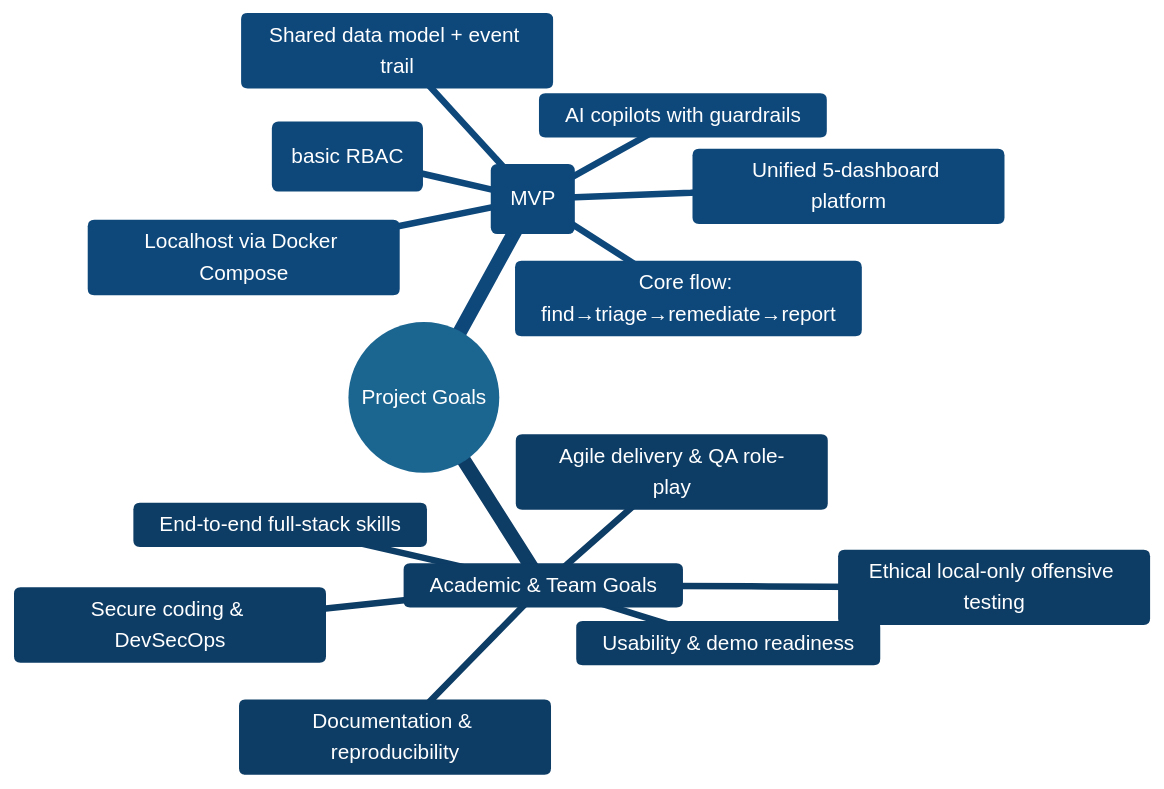
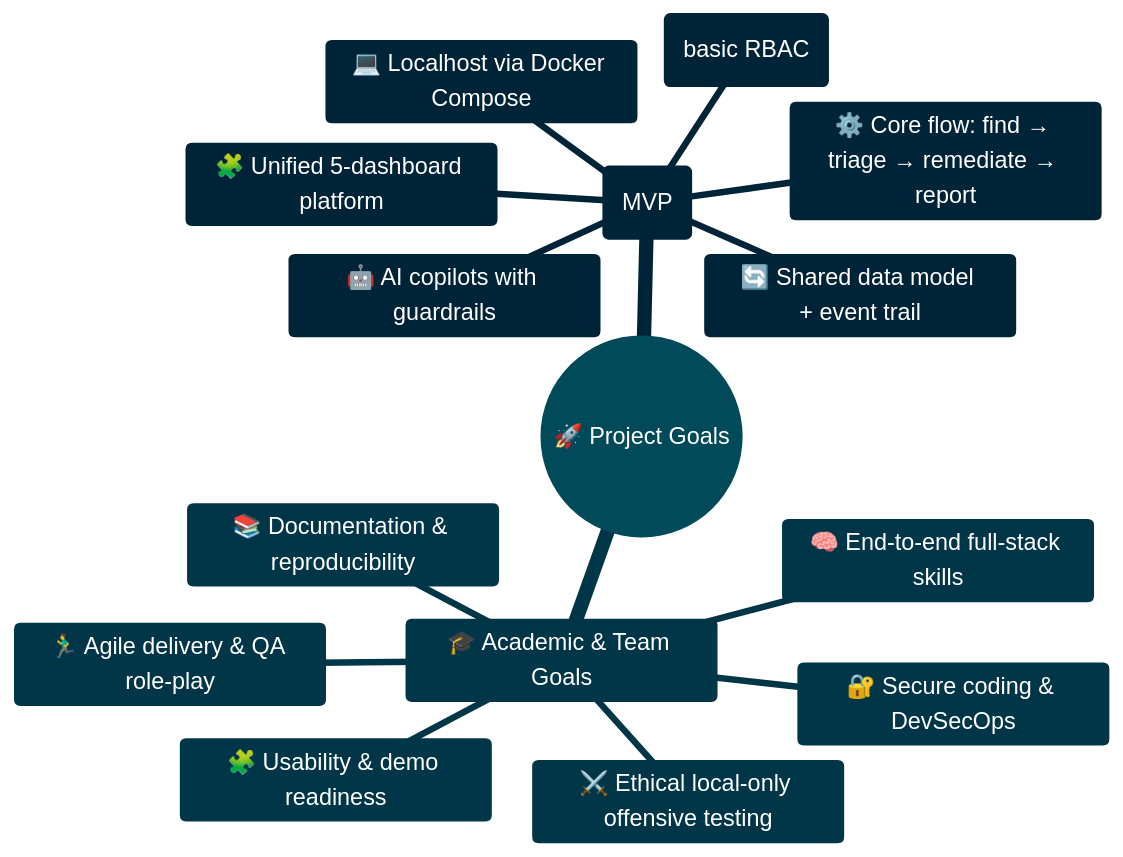
One commit to mahmoud01277599066-design/Advanced-Cybersecurity-Intelligence-Platform-v1 changed the third of 20 diagrams in 0 - Proposal.md. Above: the diagram before and after it, drawn with Mermaid.

Commit message:
Update 0 - Proposal.md

````diff
--- a/0 - Proposal.md
+++ b/0 - Proposal.md
@@ -44,29 +44,32 @@
 ```mermaid
 %%{init: {"theme": "base", "themeVariables": {
-    "primaryColor": "#4ea8de",
+    "background": "#0e1117",
+    "primaryColor": "#00b4d8",
     "primaryTextColor": "#ffffff",
-    "primaryBorderColor": "#74c0fc",
-    "lineColor": "#a5d8ff",
-    "secondaryColor": "#228be6",
-    "tertiaryColor": "#1c7ed6",
+    "primaryBorderColor": "#00b4d8",
+    "lineColor": "#48cae4",
+    "secondaryColor": "#0077b6",
+    "tertiaryColor": "#0096c7",
     "textColor": "#ffffff",
-    "background": "#1e1e2f"
+    "fontSize": "18px",
+    "fontFamily": "Inter, Segoe UI, Roboto, sans-serif",
+    "edgeLabelBackground":"#0e1117"
 }}}%%
 mindmap
-  root((Project Goals))
-    Product Goals (MVP)
-      Unified 5-dashboard platform
-      Shared data model + event trail
-      AI copilots with guardrails
-      Core flow: find→triage→remediate→report
-      Localhost via Docker Compose
-      Role-based views (basic RBAC)
-    Academic & Team Goals
-      End-to-end full-stack skills
-      Agile delivery & QA role-play
-      Secure coding & DevSecOps
-      Usability & demo readiness
-      Documentation & reproducibility
-      Ethical local-only offensive testing
+  root((🚀 Project Goals))
+    🌐 Product Goals (MVP)
+      🧩 Unified 5-dashboard platform
+      🔄 Shared data model + event trail
+      🤖 AI copilots with guardrails
+      ⚙️ Core flow: find → triage → remediate → report
+      💻 Localhost via Docker Compose
+      🧑‍💼 Role-based views (basic RBAC)
+    🎓 Academic & Team Goals
+      🧠 End-to-end full-stack skills
+      🏃‍♂️ Agile delivery & QA role-play
+      🔐 Secure coding & DevSecOps
+      🧩 Usability & demo readiness
+      📚 Documentation & reproducibility
+      ⚔️ Ethical local-only offensive testing
 
 ```
````
